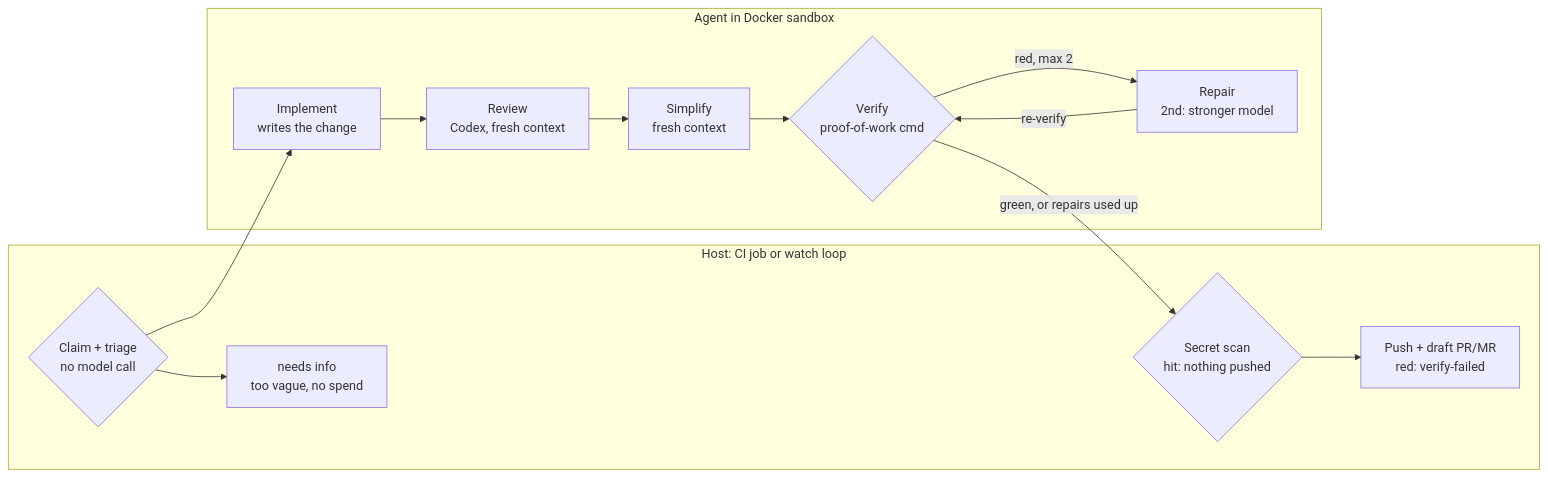
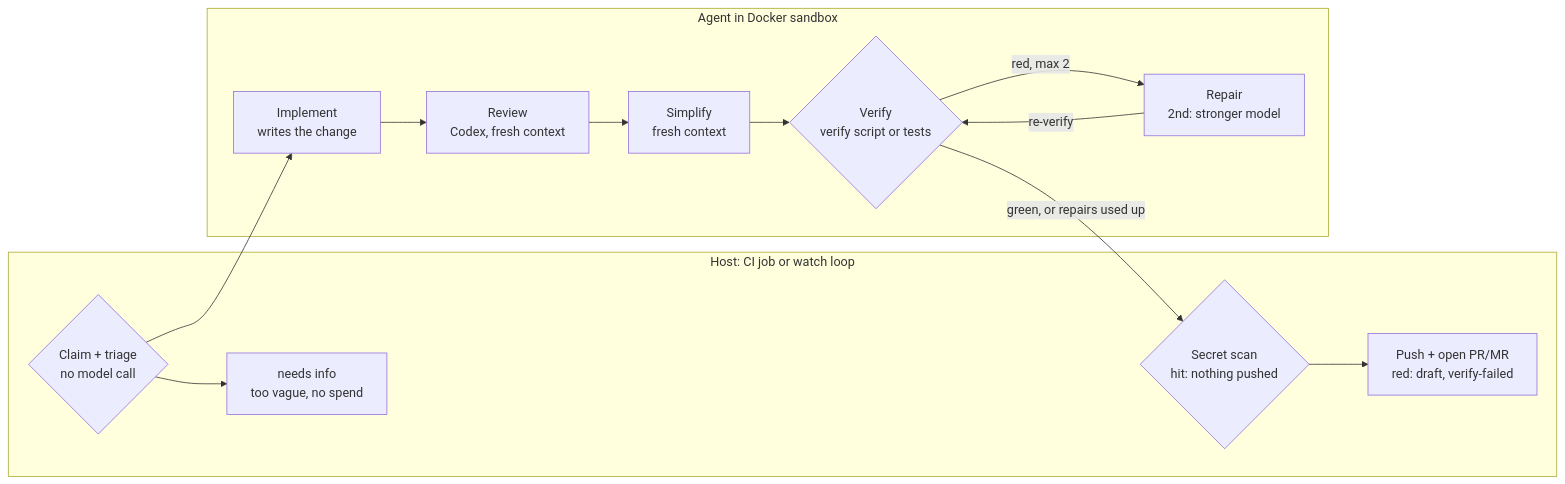
Before and after one commit to SebaBoler/vanguard: the diagram in docs/diagrams/run-pipeline.mmd, drawn with Mermaid. The commit also changed 16 other files, not shown here.

Commit message:
docs: diagrams show ready PRs and the automatic review (#551)

```diff
--- a/docs/diagrams/run-pipeline.mmd
+++ b/docs/diagrams/run-pipeline.mmd
@@ -1,23 +1,23 @@
 %% One run: the topology behind run-pipeline-light.svg / run-pipeline-dark.svg (README "How it works").
 %% Change it here first, mirror it in run-pipeline.archify.json, then re-render with archify (github.com/tt-a1i/archify):
 %%   node archify/bin/archify.mjs deliver architecture docs/diagrams/run-pipeline.archify.json <out>.html --quality showcase
 %% Open <out>.html → Export → SVG, then: docs/diagrams/split-theme.sh <export>.svg run-pipeline
 flowchart LR
   subgraph host[Host: CI job or watch loop]
     triage{"Claim + triage<br/>no model call"}
     info["needs info<br/>too vague, no spend"]
     scan{"Secret scan<br/>hit: nothing pushed"}
-    pr["Push + draft PR/MR<br/>red: verify-failed"]
+    pr["Push + open PR/MR<br/>red: draft, verify-failed"]
   end
   subgraph sandbox[Agent in Docker sandbox]
     implement["Implement<br/>writes the change"]
     review["Review<br/>Codex, fresh context"]
     simplify["Simplify<br/>fresh context"]
-    verify{"Verify<br/>proof-of-work cmd"}
+    verify{"Verify<br/>verify script or tests"}
     repair["Repair<br/>2nd: stronger model"]
   end
 
   triage --> info
   triage --> implement --> review --> simplify --> verify
   verify -->|red, max 2| repair -->|re-verify| verify
   verify -->|green, or repairs used up| scan --> pr
```
